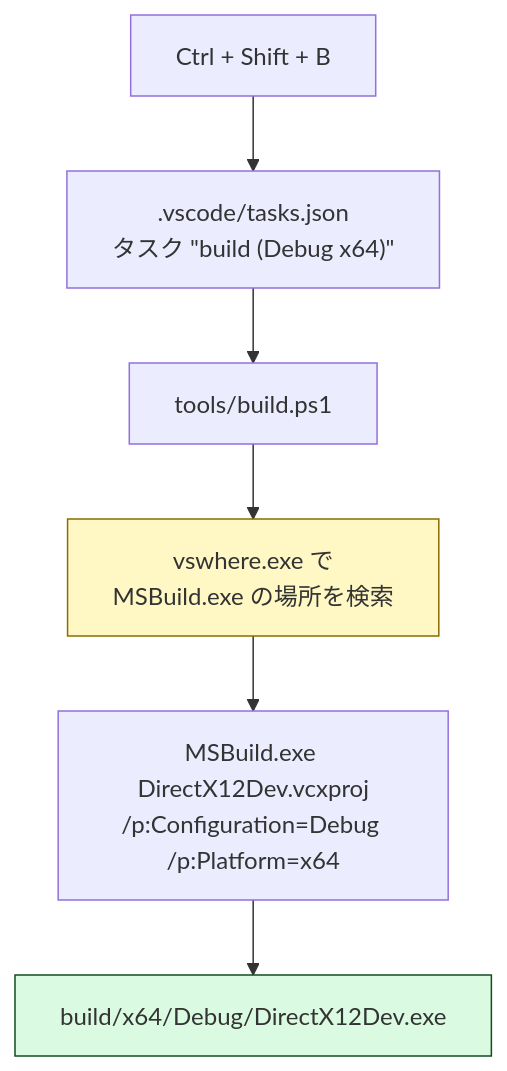
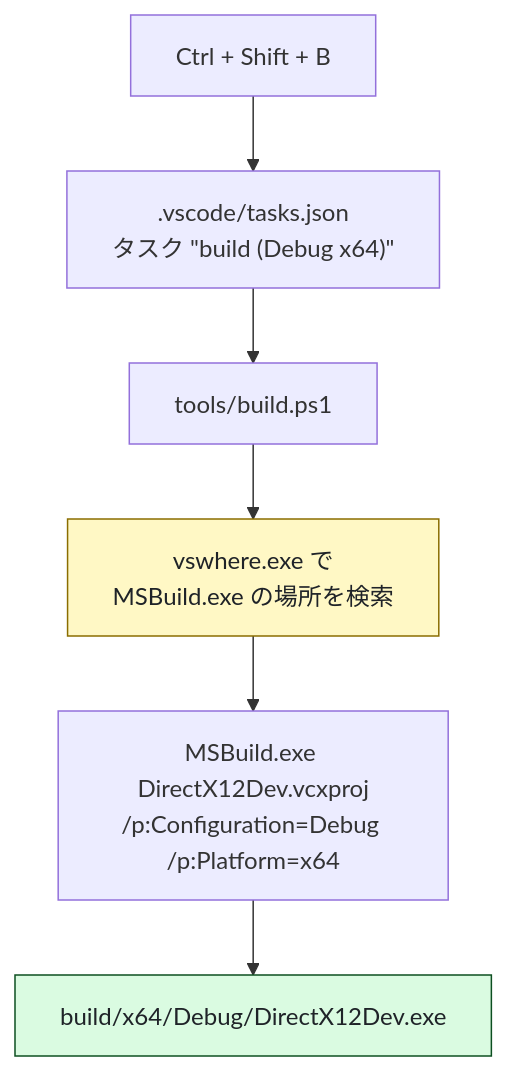
The diagram in docs/misc/setup/ビルドと実行方法.md (Tomonorarari-Think/DirectX12Dev), drawn with Mermaid before and after one commit. The commit also changed 28 other files, not shown here.

First line of the commit message:
fix: 図の文字が暗色モードで読めなくなる問題を直す

````diff
--- a/docs/misc/setup/ビルドと実行方法.md
+++ b/docs/misc/setup/ビルドと実行方法.md
@@ -51,11 +51,11 @@
 ```mermaid
 flowchart TD
     A["Ctrl + Shift + B"] --> B[".vscode/tasks.json<br/>タスク &quot;build (Debug x64)&quot;"]
     B --> C["tools/build.ps1"]
     C --> D["vswhere.exe で<br/>MSBuild.exe の場所を検索"]
     D --> E["MSBuild.exe DirectX12Dev.vcxproj<br/>/p:Configuration=Debug /p:Platform=x64"]
     E --> F["build/x64/Debug/DirectX12Dev.exe"]
 
-    style D fill:#fff8c5,stroke:#8a6d00
-    style F fill:#dafbe1,stroke:#0d4f21
+    style D fill:#fff8c5,stroke:#8a6d00,color:#1f2328
+    style F fill:#dafbe1,stroke:#0d4f21,color:#1f2328
 ```
````
